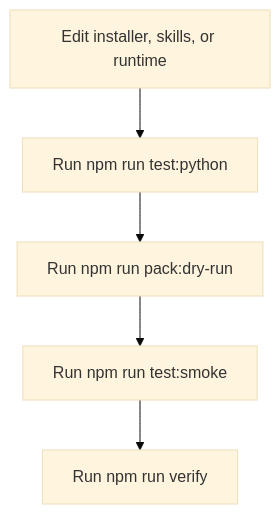
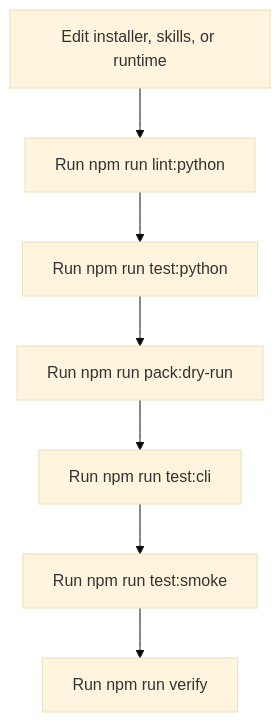
Before and after one commit to mira5557373/bmad-automator: the diagram in docs/development.md, drawn with Mermaid (base theme). The commit also changed other lines of this file and 8 other files, not shown here.

First line of the commit message:
feat(schema,docs): quarantine future state schema, CI lint gate, operator docs

````diff
--- a/docs/development.md
+++ b/docs/development.md
@@ -34,7 +36,9 @@
 ```mermaid
 flowchart TD
-    A["Edit installer, skills, or runtime"] --> B["Run npm run test:python"]
+    A["Edit installer, skills, or runtime"] --> L["Run npm run lint:python"]
+    L --> B["Run npm run test:python"]
     B --> C["Run npm run pack:dry-run"]
-    C --> D["Run npm run test:smoke"]
+    C --> T["Run npm run test:cli"]
+    T --> D["Run npm run test:smoke"]
     D --> E["Run npm run verify"]
 ```
````
